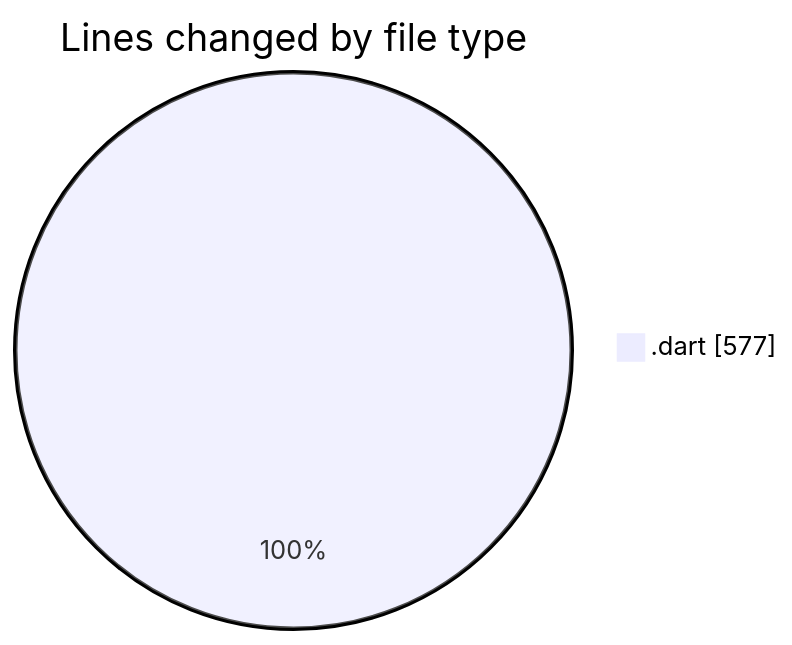
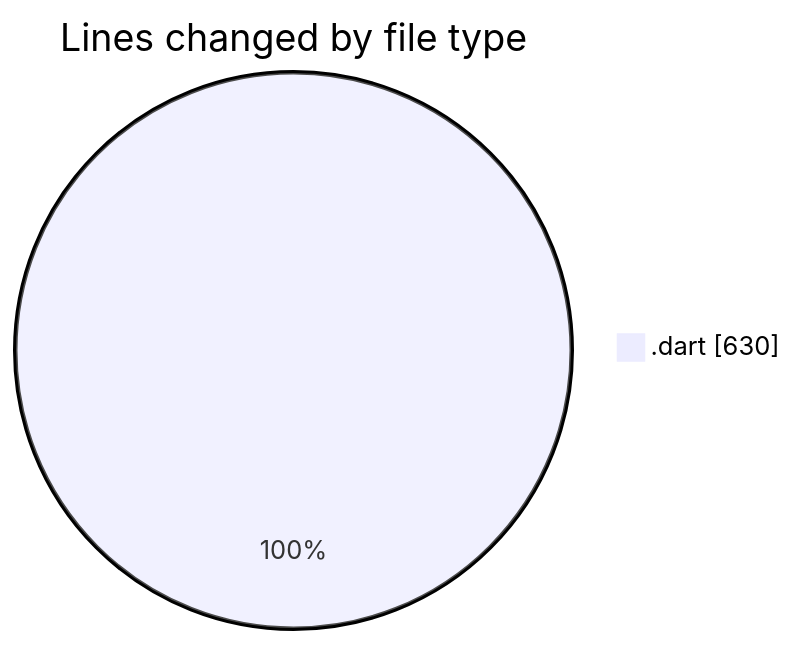
Before and after one commit to donsfak/code-tracking: the first of 2 diagrams in 2025-02-27/uber_clone/README.md, drawn with Mermaid. The commit also changed other lines of this file and 1 other file, not shown here.

````diff
--- a/2025-02-27/uber_clone/README.md
+++ b/2025-02-27/uber_clone/README.md
@@ -21,5 +21,5 @@
 ```mermaid
 pie showData
 title Lines changed by file type
-".dart" : 577
+".dart" : 630
 ```
````
